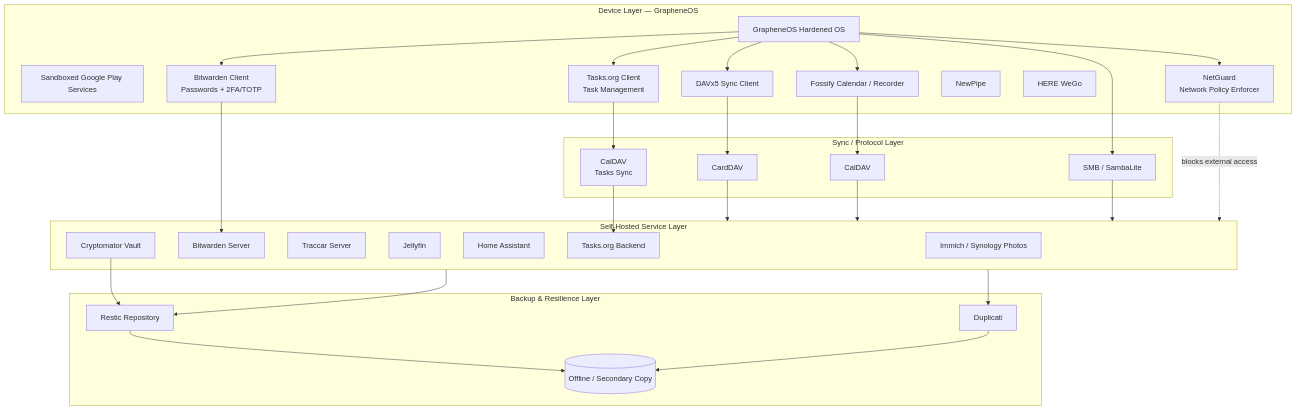
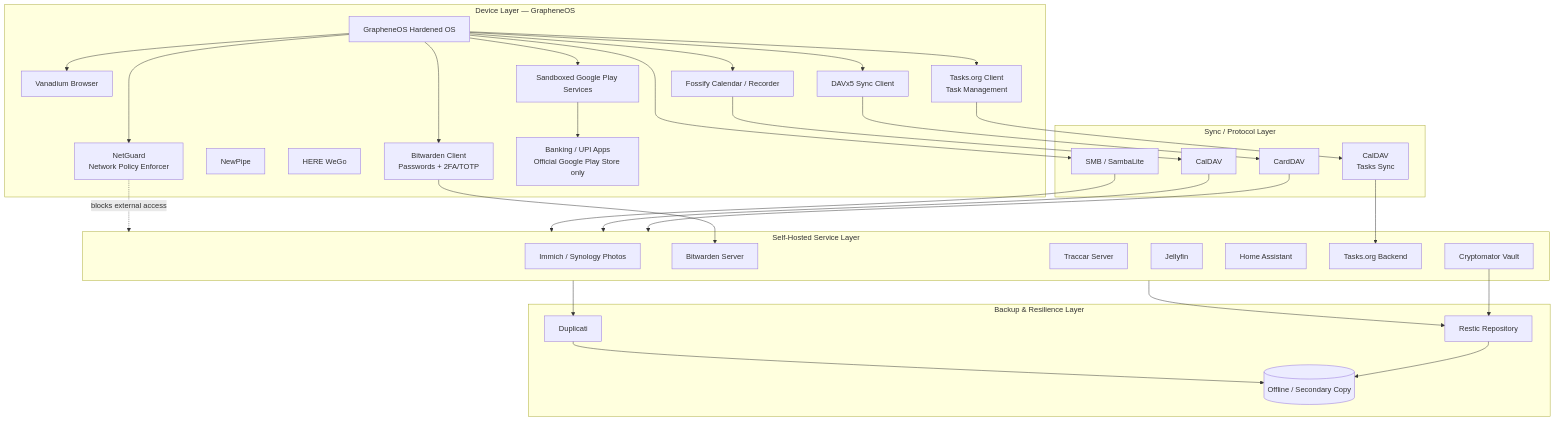
The first of 6 diagrams in README.md (Kf1sh27/DeGoogle), drawn with Mermaid before and after one commit. The commit also changed other lines of this file, not shown here.

Commit message:
Add Vanadium and document banking and UPI security exceptions

````diff
--- a/README.md
+++ b/README.md
@@ -43,47 +44,51 @@
 ```mermaid
 flowchart TB
     subgraph Device["Device Layer — GrapheneOS"]
         GOS[GrapheneOS Hardened OS]
+        Vanadium[Vanadium Browser]
         SGP[Sandboxed Google Play Services]
         DAVx5[DAVx5 Sync Client]
         Fossify[Fossify Calendar / Recorder]
         BWClient[Bitwarden Client<br/>Passwords + 2FA/TOTP]
         TasksOrg[Tasks.org Client<br/>Task Management]
         NewPipe[NewPipe]
         HERE[HERE WeGo]
         NetGuard[NetGuard<br/>Network Policy Enforcer]
+        BankApps[Banking / UPI Apps<br/>Official Google Play Store only]
     end
 
     subgraph Sync["Sync / Protocol Layer"]
         CardDAV[CardDAV]
         CalDAV[CalDAV]
         TaskDAV[CalDAV<br/>Tasks Sync]
         SMB[SMB / SambaLite]
     end
 
     subgraph Homelab["Self-Hosted Service Layer"]
         Immich[Immich / Synology Photos]
         Bitwarden[Bitwarden Server]
         Traccar[Traccar Server]
         Jellyfin[Jellyfin]
         HA[Home Assistant]
         TasksBackend[Tasks.org Backend]
         CryptoVault[Cryptomator Vault]
     end
 
     subgraph BackupLayer["Backup & Resilience Layer"]
         Restic[Restic Repository]
         Duplicati[Duplicati]
         Offsite[(Offline / Secondary Copy)]
     end
 
+    GOS --> Vanadium
     GOS --> DAVx5 --> CardDAV --> Homelab
     GOS --> Fossify --> CalDAV --> Homelab
     GOS --> TasksOrg --> TaskDAV --> TasksBackend
     GOS --> BWClient --> Bitwarden
     GOS --> SMB --> Homelab
     GOS --> NetGuard -.blocks external access.-> Homelab
+    GOS --> SGP --> BankApps
     Homelab --> Restic --> Offsite
     Homelab --> Duplicati --> Offsite
     CryptoVault --> Restic
 ```
````
